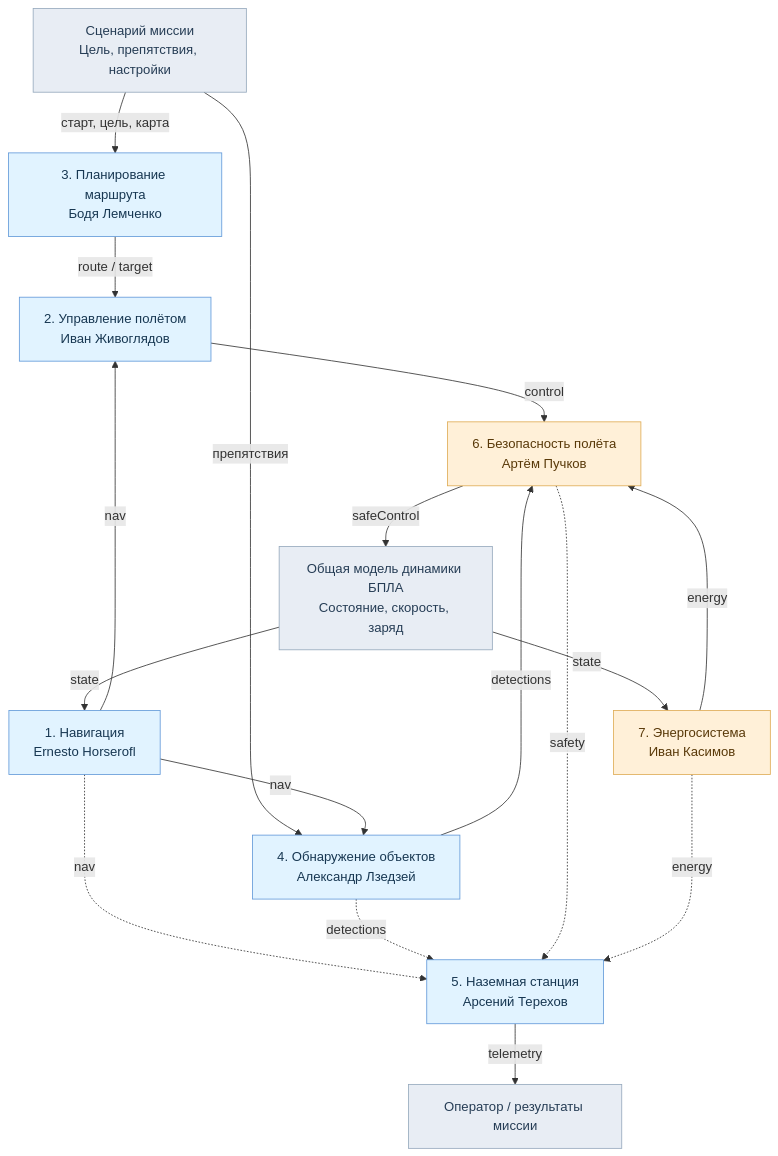
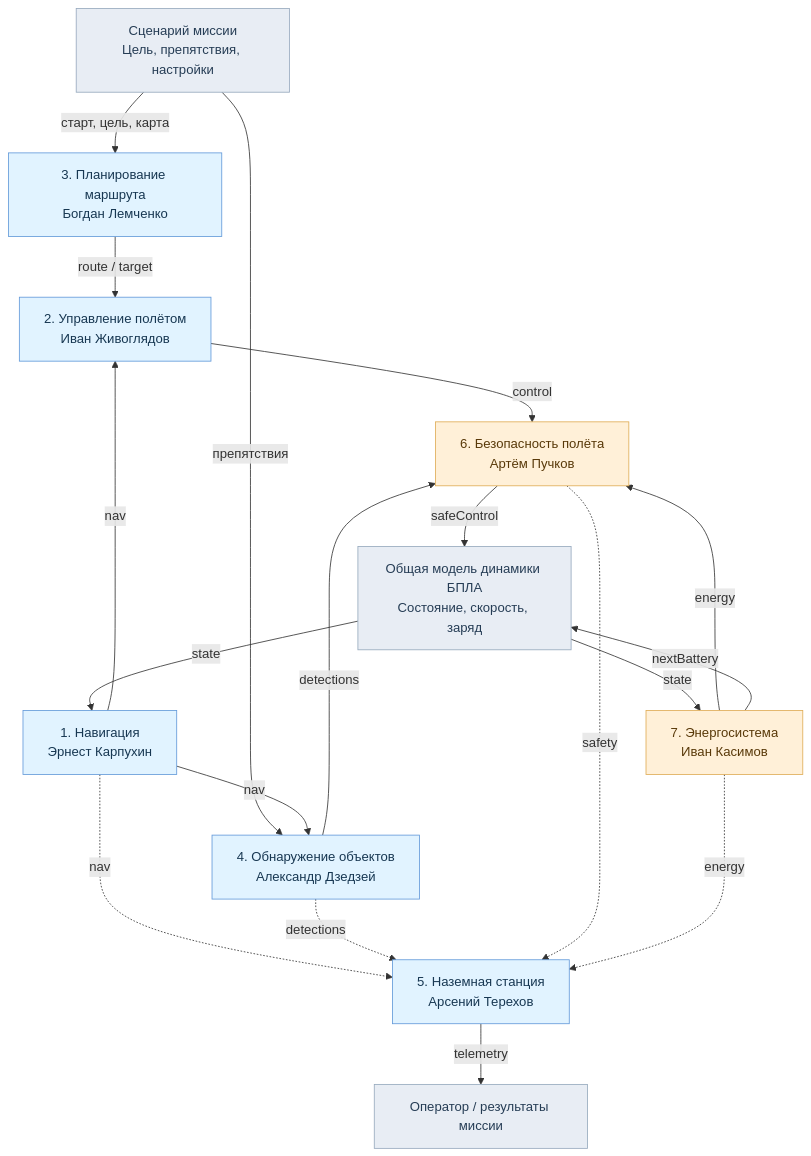
One commit to 1anchay/uav-matlab-team-project changed the diagram in docs/TEAM_INTERACTION.md. Above: the diagram before and after it, drawn with Mermaid. The commit also changed other lines of this file and 26 other files, not shown here.

````diff
--- a/docs/TEAM_INTERACTION.md
+++ b/docs/TEAM_INTERACTION.md
@@ -5,37 +5,38 @@
 ```mermaid
 flowchart TB
     S["Сценарий миссии<br/>Цель, препятствия, настройки"]
     D["Общая модель динамики БПЛА<br/>Состояние, скорость, заряд"]
-    M1["1. Навигация<br/>Ernesto Horserofl"]
+    M1["1. Навигация<br/>Эрнест Карпухин"]
     M2["2. Управление полётом<br/>Иван Живоглядов"]
-    M3["3. Планирование маршрута<br/>Бодя Лемченко"]
-    M4["4. Обнаружение объектов<br/>Александр Лзедзей"]
+    M3["3. Планирование маршрута<br/>Богдан Лемченко"]
+    M4["4. Обнаружение объектов<br/>Александр Дзедзей"]
     M5["5. Наземная станция<br/>Арсений Терехов"]
     M6["6. Безопасность полёта<br/>Артём Пучков"]
     M7["7. Энергосистема<br/>Иван Касимов"]
     U["Оператор / результаты миссии"]
 
     S -->|"старт, цель, карта"| M3
     S -->|"препятствия"| M4
     D -->|"state"| M1
     D -->|"state"| M7
     M1 -->|"nav"| M2
     M1 -->|"nav"| M4
     M3 -->|"route / target"| M2
     M2 -->|"control"| M6
     M4 -->|"detections"| M6
     M7 -->|"energy"| M6
     M6 -->|"safeControl"| D
     M1 -.->|"nav"| M5
     M4 -.->|"detections"| M5
     M6 -.->|"safety"| M5
+    M7 -->|"nextBattery"| D
     M7 -.->|"energy"| M5
     M5 -->|"telemetry"| U
 
     classDef original fill:#e1f3ff,stroke:#6299d9,color:#173752;
     classDef added fill:#fff0d8,stroke:#dfac55,color:#593909;
     classDef common fill:#e8edf4,stroke:#96a9bd,color:#263d55;
     class M1,M2,M3,M4,M5 original;
     class M6,M7 added;
     class D,S,U common;
 ```
````
